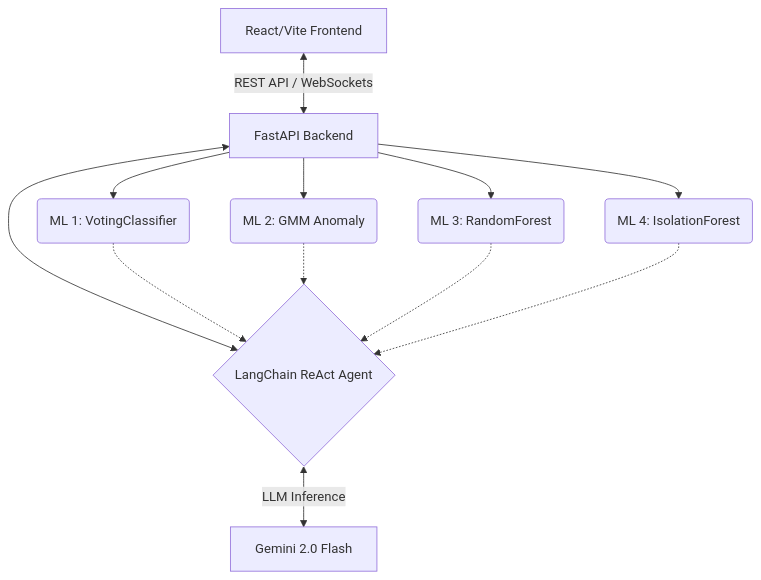
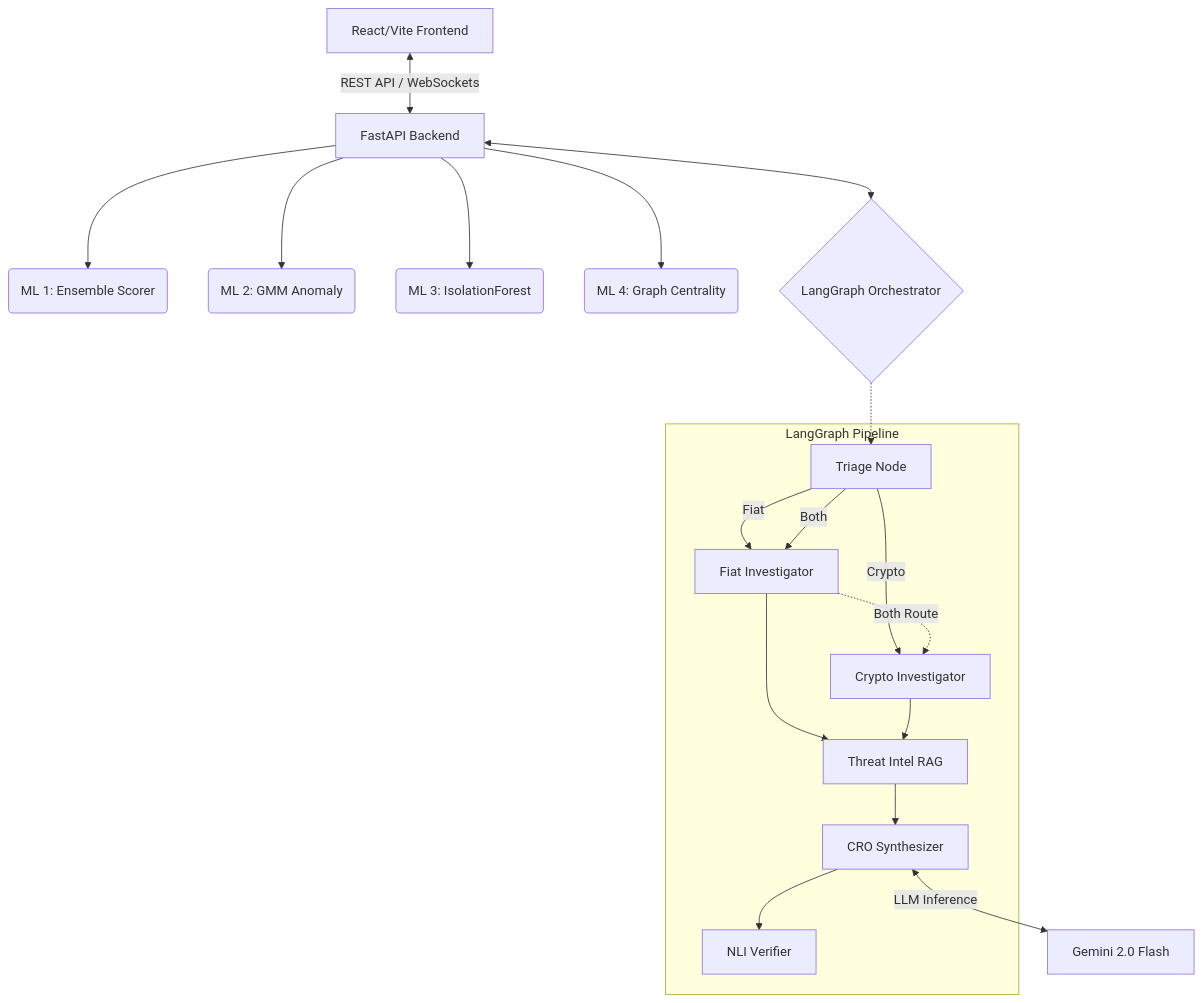
Before and after one commit to darkphoenix2208/Verifi: the first of 2 diagrams in README.md, drawn with Mermaid. The commit also changed other lines of this file, not shown here.

Commit message:
docs: update README with LangGraph architecture and Heavy ML (NLI, RAG, GraphML) pipelines

````diff
--- a/README.md
+++ b/README.md
@@ -20,14 +20,23 @@
 ```mermaid
 graph TD
     A[React/Vite Frontend] <-->|REST API / WebSockets| B[FastAPI Backend]
-    B --> C(ML 1: VotingClassifier)
+    B --> C(ML 1: Ensemble Scorer)
     B --> D(ML 2: GMM Anomaly)
-    B --> E(ML 3: RandomForest)
-    B --> F(ML 4: IsolationForest)
-    B <--> G{LangChain ReAct Agent}
-    G <-->|LLM Inference| H[Gemini 2.0 Flash]
-    C -.-> G
-    D -.-> G
-    E -.-> G
-    F -.-> G
+    B --> E(ML 3: IsolationForest)
+    B --> F(ML 4: Graph Centrality)
+    B <--> G{LangGraph Orchestrator}
+    
+    subgraph LangGraph Pipeline
+        G_T[Triage Node] -->|Fiat| G_F[Fiat Investigator]
+        G_T -->|Crypto| G_C[Crypto Investigator]
+        G_T -->|Both| G_F
+        G_F -.->|Both Route| G_C
+        G_F --> G_R[Threat Intel RAG]
+        G_C --> G_R
+        G_R --> G_S[CRO Synthesizer]
+        G_S --> G_NLI[NLI Verifier]
+    end
+    
+    G_S <-->|LLM Inference| H[Gemini 2.0 Flash]
+    G -.-> G_T
 ```
````
